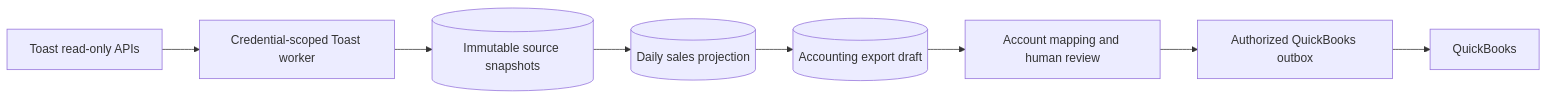
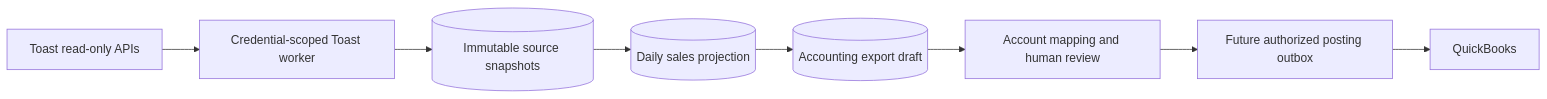
One commit to jarrettcrosby/clawpilot changed the diagram in docs/modules/toast-and-accounting.md. Above: the diagram before and after it, drawn with Mermaid. The commit also changed other lines of this file and 36 other files, not shown here.

Commit message:
feat: add organization QuickBooks connector

````diff
--- a/docs/modules/toast-and-accounting.md
+++ b/docs/modules/toast-and-accounting.md
@@ -31,10 +31,10 @@
 ```mermaid
 flowchart LR
   Toast[Toast read-only APIs] --> Worker[Credential-scoped Toast worker]
   Worker --> Raw[(Immutable source snapshots)]
   Raw --> Sales[(Daily sales projection)]
   Sales --> Draft[(Accounting export draft)]
   Draft --> Review[Account mapping and human review]
-  Review --> QBOutbox[Authorized QuickBooks outbox]
-  QBOutbox --> QuickBooks[QuickBooks]
+  Review --> FutureQBOutbox[Future authorized posting outbox]
+  FutureQBOutbox --> QuickBooks[QuickBooks]
 ```
````
